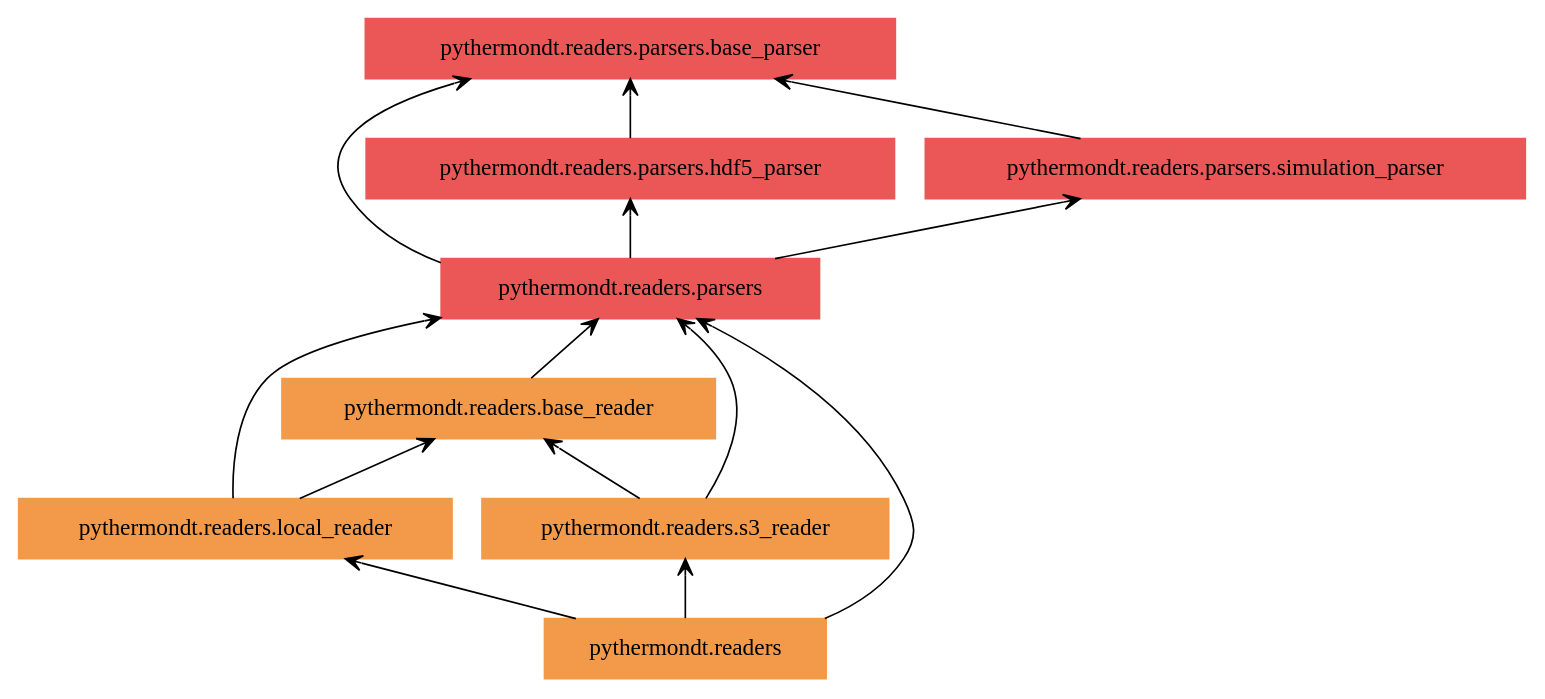
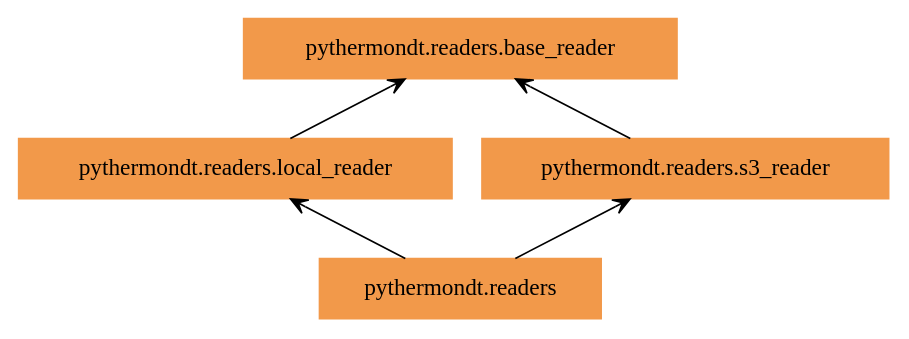
Before and after one commit to voidsy-gmbh/pyThermoNDT: the diagram in docs/pyreverse/graphviz/packages_pythermondt.readers.gv, drawn with Graphviz. The commit also changed 9 other files, not shown here.

Commit message:
Update pyreverse diagrams

```diff
--- a/docs/pyreverse/graphviz/packages_pythermondt.readers.gv
+++ b/docs/pyreverse/graphviz/packages_pythermondt.readers.gv
@@ -1,25 +1,12 @@
 digraph "packages_pythermondt.readers" {
 rankdir=BT
 charset="utf-8"
 "pythermondt.readers" [color="#F2994A", label=<pythermondt.readers>, shape="box", style="filled"];
 "pythermondt.readers.base_reader" [color="#F2994A", label=<pythermondt.readers.base_reader>, shape="box", style="filled"];
 "pythermondt.readers.local_reader" [color="#F2994A", label=<pythermondt.readers.local_reader>, shape="box", style="filled"];
-"pythermondt.readers.parsers" [color="#EB5757", label=<pythermondt.readers.parsers>, shape="box", style="filled"];
-"pythermondt.readers.parsers.base_parser" [color="#EB5757", label=<pythermondt.readers.parsers.base_parser>, shape="box", style="filled"];
-"pythermondt.readers.parsers.hdf5_parser" [color="#EB5757", label=<pythermondt.readers.parsers.hdf5_parser>, shape="box", style="filled"];
-"pythermondt.readers.parsers.simulation_parser" [color="#EB5757", label=<pythermondt.readers.parsers.simulation_parser>, shape="box", style="filled"];
 "pythermondt.readers.s3_reader" [color="#F2994A", label=<pythermondt.readers.s3_reader>, shape="box", style="filled"];
 "pythermondt.readers" -> "pythermondt.readers.local_reader" [arrowhead="open", arrowtail="none"];
-"pythermondt.readers" -> "pythermondt.readers.parsers" [arrowhead="open", arrowtail="none"];
 "pythermondt.readers" -> "pythermondt.readers.s3_reader" [arrowhead="open", arrowtail="none"];
-"pythermondt.readers.base_reader" -> "pythermondt.readers.parsers" [arrowhead="open", arrowtail="none"];
 "pythermondt.readers.local_reader" -> "pythermondt.readers.base_reader" [arrowhead="open", arrowtail="none"];
-"pythermondt.readers.local_reader" -> "pythermondt.readers.parsers" [arrowhead="open", arrowtail="none"];
-"pythermondt.readers.parsers" -> "pythermondt.readers.parsers.base_parser" [arrowhead="open", arrowtail="none"];
-"pythermondt.readers.parsers" -> "pythermondt.readers.parsers.hdf5_parser" [arrowhead="open", arrowtail="none"];
-"pythermondt.readers.parsers" -> "pythermondt.readers.parsers.simulation_parser" [arrowhead="open", arrowtail="none"];
-"pythermondt.readers.parsers.hdf5_parser" -> "pythermondt.readers.parsers.base_parser" [arrowhead="open", arrowtail="none"];
-"pythermondt.readers.parsers.simulation_parser" -> "pythermondt.readers.parsers.base_parser" [arrowhead="open", arrowtail="none"];
 "pythermondt.readers.s3_reader" -> "pythermondt.readers.base_reader" [arrowhead="open", arrowtail="none"];
-"pythermondt.readers.s3_reader" -> "pythermondt.readers.parsers" [arrowhead="open", arrowtail="none"];
 }
```
